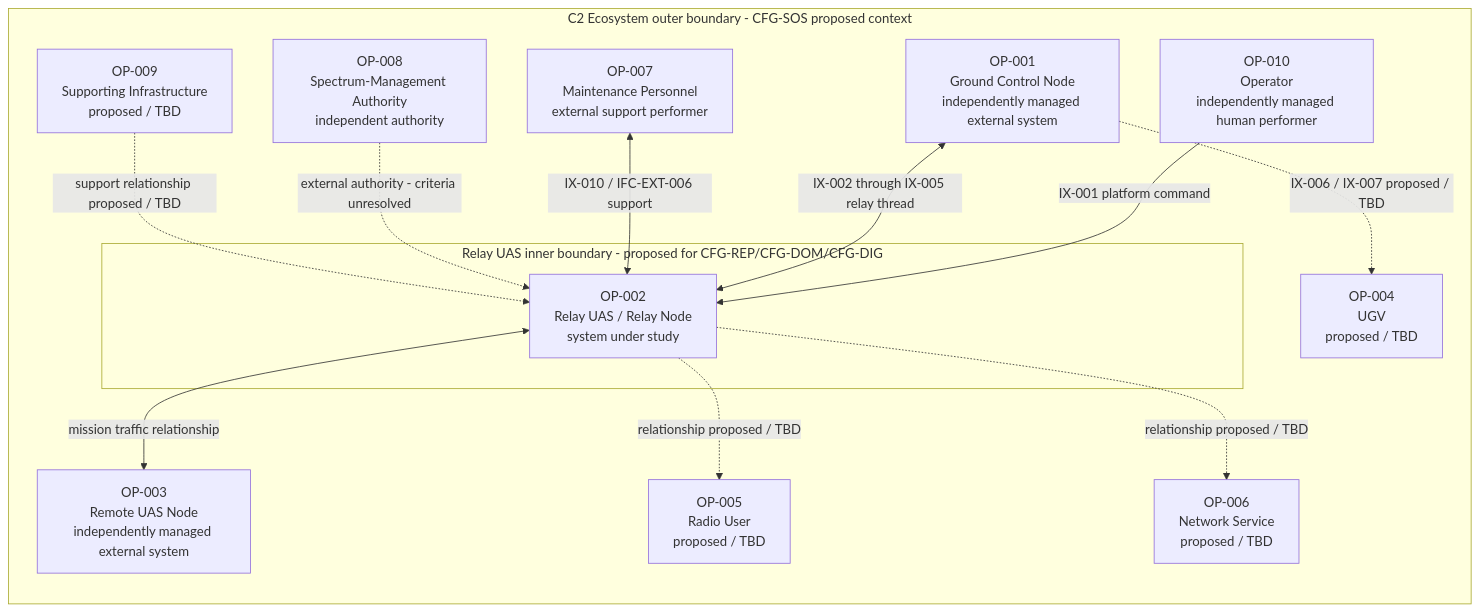
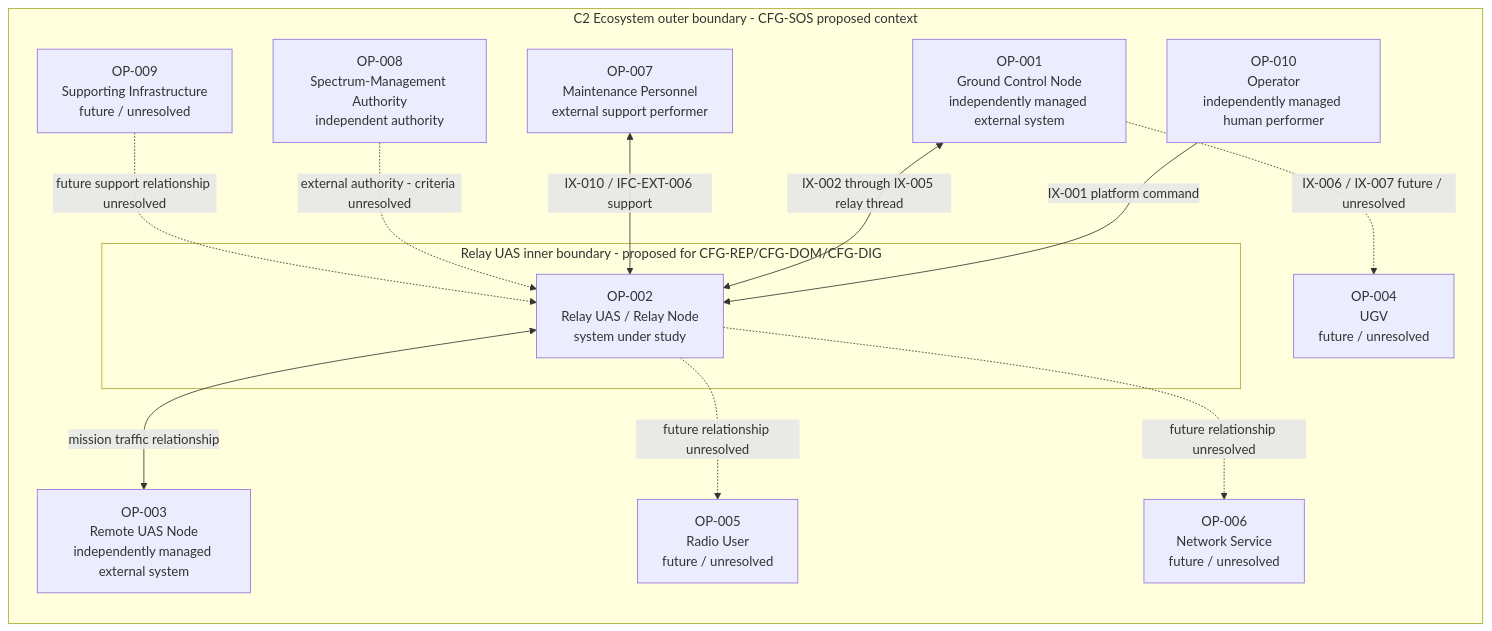
One commit to noahstephenson/low-cost-relay-uas changed the second of 20 diagrams in reports/architecture-views.md. Above: the diagram before and after it, drawn with Mermaid. The commit also changed other lines of this file and 12 other files, not shown here.

Commit message:
Mature relay UAS candidate architecture

````diff
--- a/reports/architecture-views.md
+++ b/reports/architecture-views.md
@@ -42,27 +42,27 @@
 ```mermaid
 flowchart LR
     %% Configuration scope: CFG-SOS outer context - CFG-REP / CFG-DOM / CFG-DIG inner constituent
     subgraph OUTER["C2 Ecosystem outer boundary - CFG-SOS proposed context"]
         OP_010["OP-010<br/>Operator<br/>independently managed human performer"]
         OP_001["OP-001<br/>Ground Control Node<br/>independently managed external system"]
         OP_003["OP-003<br/>Remote UAS Node<br/>independently managed external system"]
-        OP_004["OP-004<br/>UGV<br/>proposed / TBD"]
-        OP_005["OP-005<br/>Radio User<br/>proposed / TBD"]
-        OP_006["OP-006<br/>Network Service<br/>proposed / TBD"]
+        OP_004["OP-004<br/>UGV<br/>future / unresolved"]
+        OP_005["OP-005<br/>Radio User<br/>future / unresolved"]
+        OP_006["OP-006<br/>Network Service<br/>future / unresolved"]
         OP_007["OP-007<br/>Maintenance Personnel<br/>external support performer"]
         OP_008["OP-008<br/>Spectrum-Management Authority<br/>independent authority"]
-        OP_009["OP-009<br/>Supporting Infrastructure<br/>proposed / TBD"]
+        OP_009["OP-009<br/>Supporting Infrastructure<br/>future / unresolved"]
         subgraph INNER["Relay UAS inner boundary - proposed for CFG-REP/CFG-DOM/CFG-DIG"]
             OP_002["OP-002<br/>Relay UAS / Relay Node<br/>system under study"]
         end
     end
     OP_010 -->|"IX-001 platform command"| OP_002
     OP_001 <-->|"IX-002 through IX-005 relay thread"| OP_002
     OP_002 <-->|"mission traffic relationship"| OP_003
     OP_007 <-->|"IX-010 / IFC-EXT-006 support"| OP_002
     OP_008 -.->|"external authority - criteria unresolved"| OP_002
-    OP_001 -.->|"IX-006 / IX-007 proposed / TBD"| OP_004
-    OP_002 -.->|"relationship proposed / TBD"| OP_005
-    OP_002 -.->|"relationship proposed / TBD"| OP_006
-    OP_009 -.->|"support relationship proposed / TBD"| OP_002
+    OP_001 -.->|"IX-006 / IX-007 future / unresolved"| OP_004
+    OP_002 -.->|"future relationship unresolved"| OP_005
+    OP_002 -.->|"future relationship unresolved"| OP_006
+    OP_009 -.->|"future support relationship unresolved"| OP_002
 ```
````
